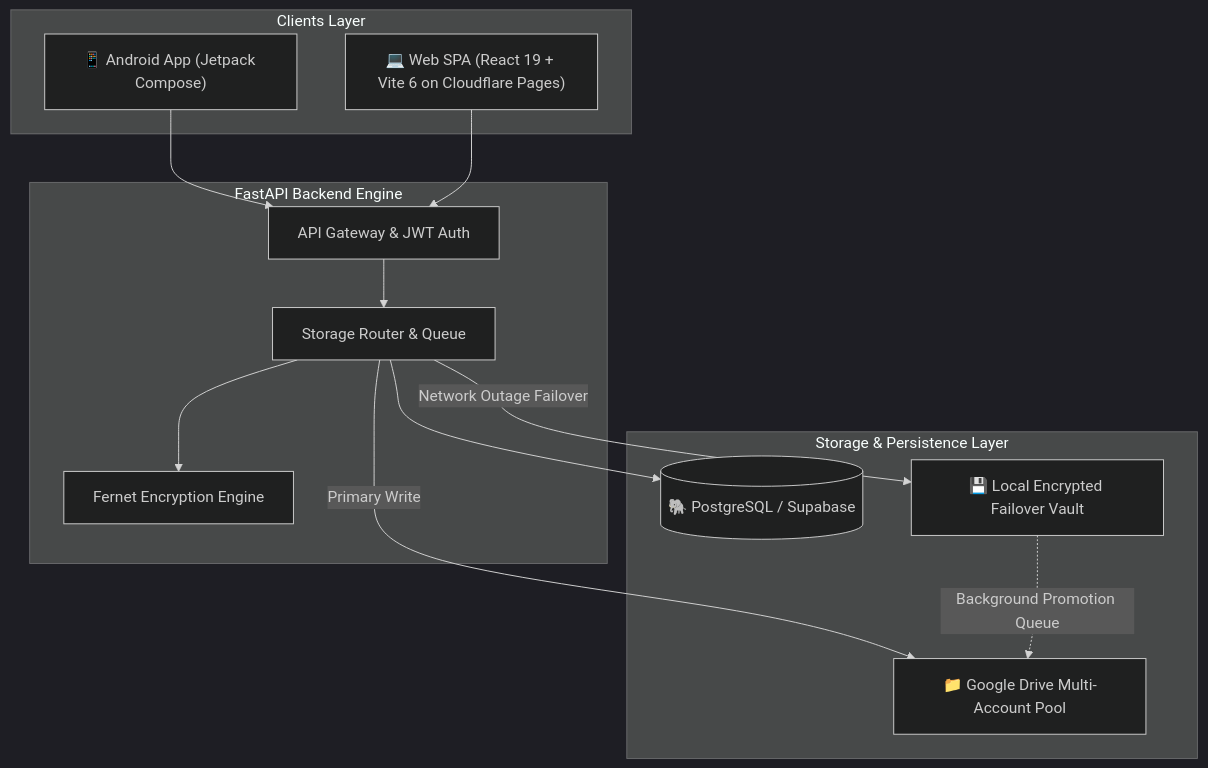
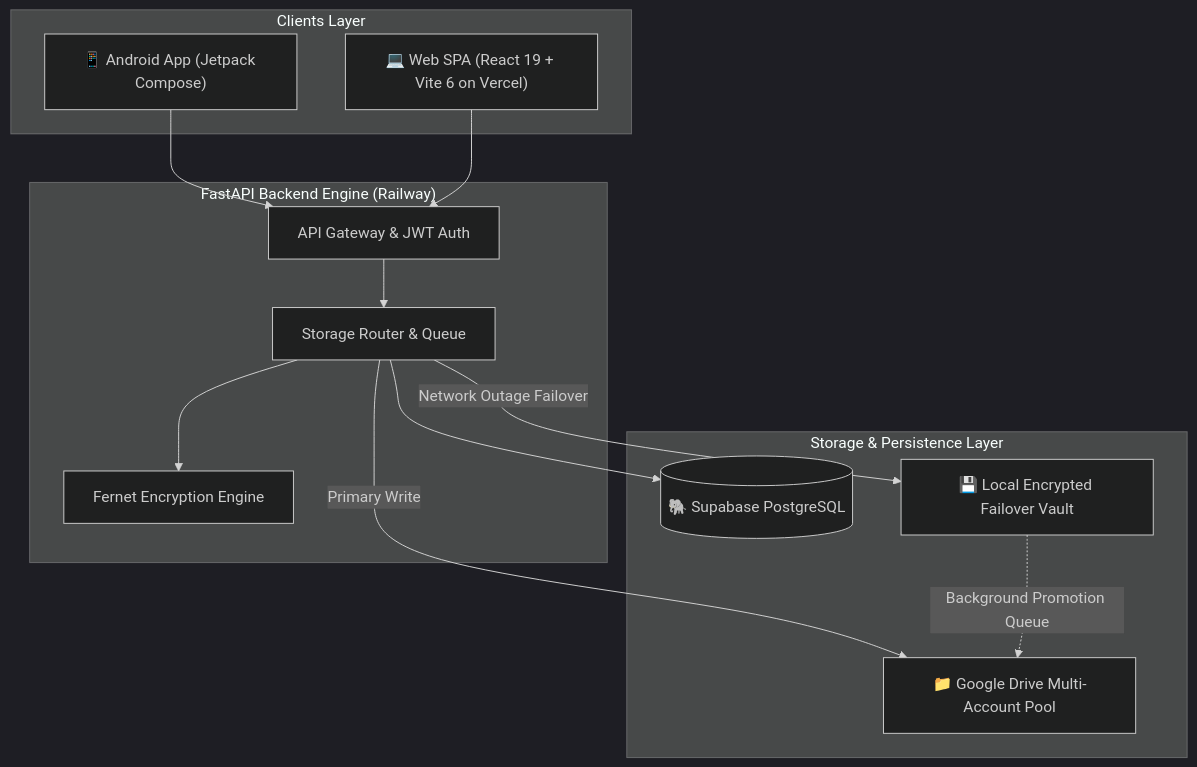
One commit to ra901625072-boop/FamDoc changed the diagram in README.md. Above: the diagram before and after it, drawn with Mermaid (dark theme). The commit also changed other lines of this file and 23 other files, not shown here.

Commit message:
chore(infra): migrate to Vercel (frontend), Railway (backend), and Supabase (database); remove Cloudflare configs

````diff
--- a/README.md
+++ b/README.md
@@ -50,28 +53,28 @@
 ```mermaid
 flowchart TD
     subgraph Clients["Clients Layer"]
         A["📱 Android App (Jetpack Compose)"]
-        B["💻 Web SPA (React 19 + Vite 6 on Cloudflare Pages)"]
+        B["💻 Web SPA (React 19 + Vite 6 on Vercel)"]
     end
 
-    subgraph Backend["FastAPI Backend Engine"]
+    subgraph Backend["FastAPI Backend Engine (Railway)"]
         C["API Gateway & JWT Auth"]
         D["Storage Router & Queue"]
         E["Fernet Encryption Engine"]
     end
 
     subgraph Storage["Storage & Persistence Layer"]
-        F[("🐘 PostgreSQL / Supabase")]
+        F[("🐘 Supabase PostgreSQL")]
         G["📁 Google Drive Multi-Account Pool"]
         H["💾 Local Encrypted Failover Vault"]
     end
 
     A --> C
     B --> C
     C --> D
     D --> E
     D --> F
     D -->|Primary Write| G
     D -->|Network Outage Failover| H
     H -.->|Background Promotion Queue| G
 ```
````
